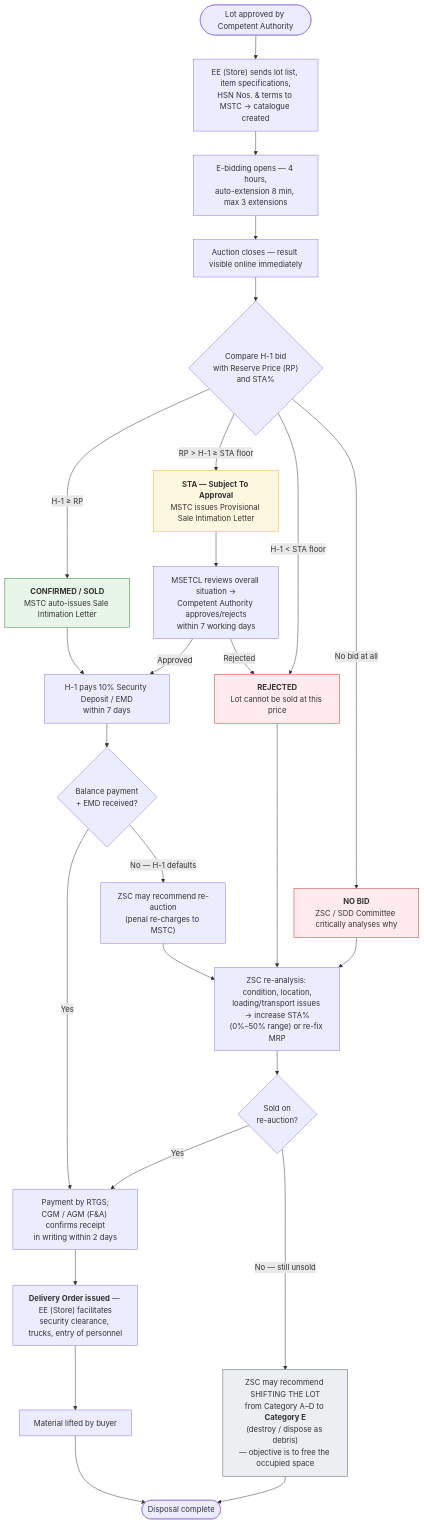
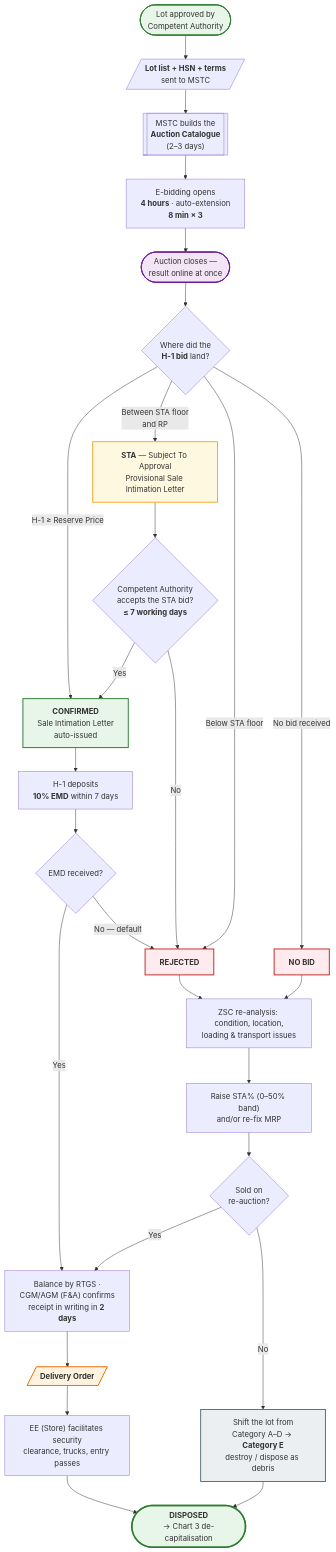
Before and after one commit to piyush4315/08.09.2026: the sixth of 10 diagrams in docs/flowchart.md, drawn with Mermaid. The commit also changed other lines of this file and 2 other files, not shown here.

Commit message:
Redraw policy flow charts as diagrammatic flowcharts with standard symbols

````diff
--- a/docs/flowchart.md
+++ b/docs/flowchart.md
@@ -171,38 +269,44 @@
 ```mermaid
 flowchart TD
-    A0(["Lot approved by Competent Authority"]) --> A1["EE (Store) sends lot list, item specifications,<br/>HSN Nos. &amp; terms to MSTC → catalogue created"]
-    A1 --> A2["E-bidding opens — 4 hours,<br/>auto-extension 8 min, max 3 extensions"]
-    A2 --> A3["Auction closes — result visible online immediately"]
-    A3 --> Q1{"Compare H-1 bid<br/>with Reserve Price (RP)<br/>and STA%"}
+    START(["Lot approved by<br/>Competent Authority"]) --> A1[/"<b>Lot list + HSN + terms</b><br/>sent to MSTC"/]
+    A1 --> A2[["MSTC builds the<br/><b>Auction Catalogue</b><br/>(2–3 days)"]]
+    A2 --> A3["E-bidding opens<br/><b>4 hours</b> · auto-extension<br/><b>8 min × 3</b>"]
+    A3 --> A4(["Auction closes —<br/>result online at once"])
+    A4 --> Q1{"Where did the<br/><b>H-1 bid</b> land?"}
 
-    Q1 -->|"H-1 ≥ RP"| SOLD["<b>CONFIRMED / SOLD</b><br/>MSTC auto-issues Sale Intimation Letter"]
-    Q1 -->|"RP &gt; H-1 ≥ STA floor"| STA["<b>STA — Subject To Approval</b><br/>MSTC issues Provisional Sale Intimation Letter"]
-    Q1 -->|"H-1 &lt; STA floor"| REJ["<b>REJECTED</b><br/>Lot cannot be sold at this price"]
-    Q1 -->|"No bid at all"| NOBID["<b>NO BID</b><br/>ZSC / SDD Committee critically analyses why"]
+    Q1 -->|"H-1 ≥ Reserve Price"| SOLD["<b>CONFIRMED</b><br/>Sale Intimation Letter<br/>auto-issued"]
+    Q1 -->|"Between STA floor<br/>and RP"| STA["<b>STA</b> — Subject To Approval<br/>Provisional Sale Intimation Letter"]
+    Q1 -->|"Below STA floor"| REJ["<b>REJECTED</b>"]
+    Q1 -->|"No bid received"| NOBID["<b>NO BID</b>"]
 
-    SOLD --> P1["H-1 pays 10% Security Deposit / EMD<br/>within 7 days"]
-    STA --> P2["MSETCL reviews overall situation →<br/>Competent Authority approves/rejects<br/>within 7 working days"]
-    P2 -->|Approved| P1
-    P2 -->|Rejected| REJ
+    STA --> Q2{"Competent Authority<br/>accepts the STA bid?<br/><b>≤ 7 working days</b>"}
+    Q2 -->|"Yes"| SOLD
+    Q2 -->|"No"| REJ
 
-    P1 --> Q2{"Balance payment<br/>+ EMD received?"}
-    Q2 -->|Yes| PAY["Payment by RTGS;<br/>CGM / AGM (F&amp;A) confirms receipt<br/>in writing within 2 days"]
-    Q2 -->|"No — H-1 defaults"| DEF["ZSC may recommend re-auction<br/>(penal re-charges to MSTC)"]
-    PAY --> DO["<b>Delivery Order issued</b> — EE (Store) facilitates<br/>security clearance, trucks, entry of personnel"]
-    DO --> LIFT["Material lifted by buyer"]
-    LIFT --> CLOSE(["Disposal complete"])
+    SOLD --> EMD["H-1 deposits<br/><b>10% EMD</b> within 7 days"]
+    EMD --> Q3{"EMD received?"}
+    Q3 -->|"Yes"| PAY["Balance by RTGS ·<br/>CGM/AGM (F&amp;A) confirms<br/>receipt in writing in <b>2 days</b>"]
+    Q3 -->|"No — default"| REJ
 
-    REJ --> RE1["ZSC re-analysis: condition, location,<br/>loading/transport issues → increase STA%<br/>(0%–50% range) or re-fix MRP"]
+    PAY --> DO[/"<b>Delivery Order</b>"/]
+    DO --> LIFT["EE (Store) facilitates security<br/>clearance, trucks, entry passes"]
+    LIFT --> DONE(["<b>DISPOSED</b><br/>→ Chart 3 de-capitalisation"])
+
+    REJ --> RE1["ZSC re-analysis: condition, location,<br/>loading &amp; transport issues"]
     NOBID --> RE1
-    DEF --> RE1
-    RE1 --> Q3{"Sold on<br/>re-auction?"}
-    Q3 -->|Yes| PAY
-    Q3 -->|"No — still unsold"| SHIFT["ZSC may recommend SHIFTING THE LOT<br/>from Category A–D to <b>Category E</b><br/>(destroy / dispose as debris)<br/>— objective is to free the occupied space"]
-    SHIFT --> CLOSE
+    RE1 --> RE2["Raise STA% (0–50% band)<br/>and/or re-fix MRP"]
+    RE2 --> Q4{"Sold on<br/>re-auction?"}
+    Q4 -->|"Yes"| PAY
+    Q4 -->|"No"| SHIFT["Shift the lot from<br/>Category A–D → <b>Category E</b><br/>destroy / dispose as debris"]
+    SHIFT --> DONE
 
-    style SOLD fill:#e8f5e9,stroke:#2e7d32
-    style STA fill:#fff8e1,stroke:#f9a825
-    style REJ fill:#ffebee,stroke:#c62828
-    style NOBID fill:#ffebee,stroke:#c62828
-    style SHIFT fill:#eceff1,stroke:#455a64
+    style START fill:#e8f5e9,stroke:#2e7d32,stroke-width:2px
+    style A4 fill:#f3e5f5,stroke:#6a1b9a,stroke-width:2px
+    style DONE fill:#e8f5e9,stroke:#2e7d32,stroke-width:3px
+    style SOLD fill:#e8f5e9,stroke:#2e7d32,stroke-width:2px
+    style STA fill:#fff8e1,stroke:#f9a825,stroke-width:2px
+    style REJ fill:#ffebee,stroke:#c62828,stroke-width:2px
+    style NOBID fill:#ffebee,stroke:#c62828,stroke-width:2px
+    style SHIFT fill:#eceff1,stroke:#546e7a,stroke-width:2px
+    style DO fill:#fff3e0,stroke:#ef6c00,stroke-width:2px
 ```
````
